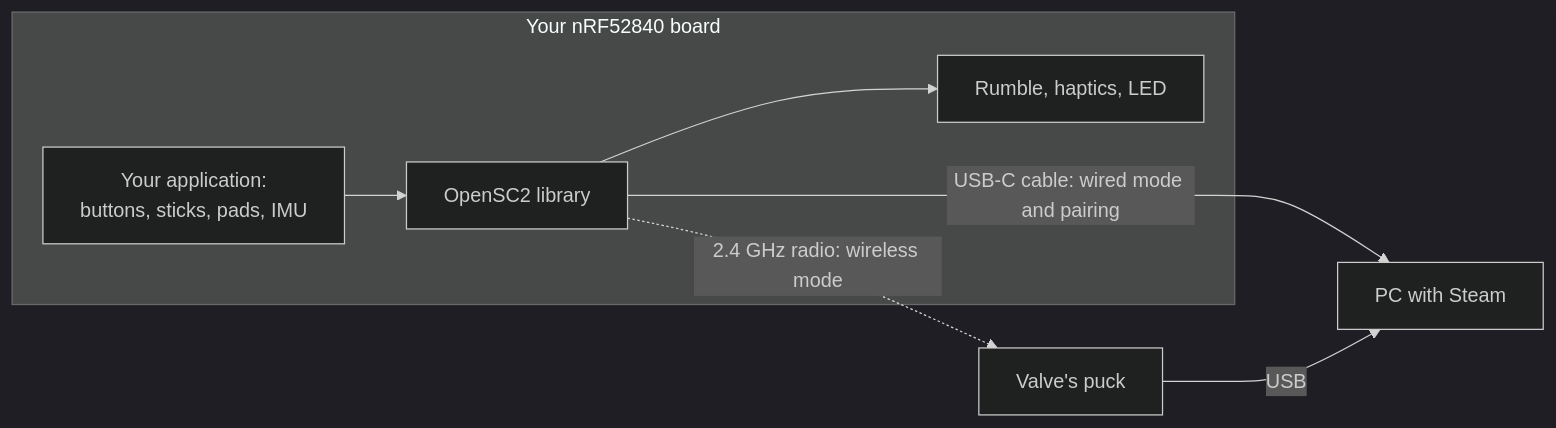
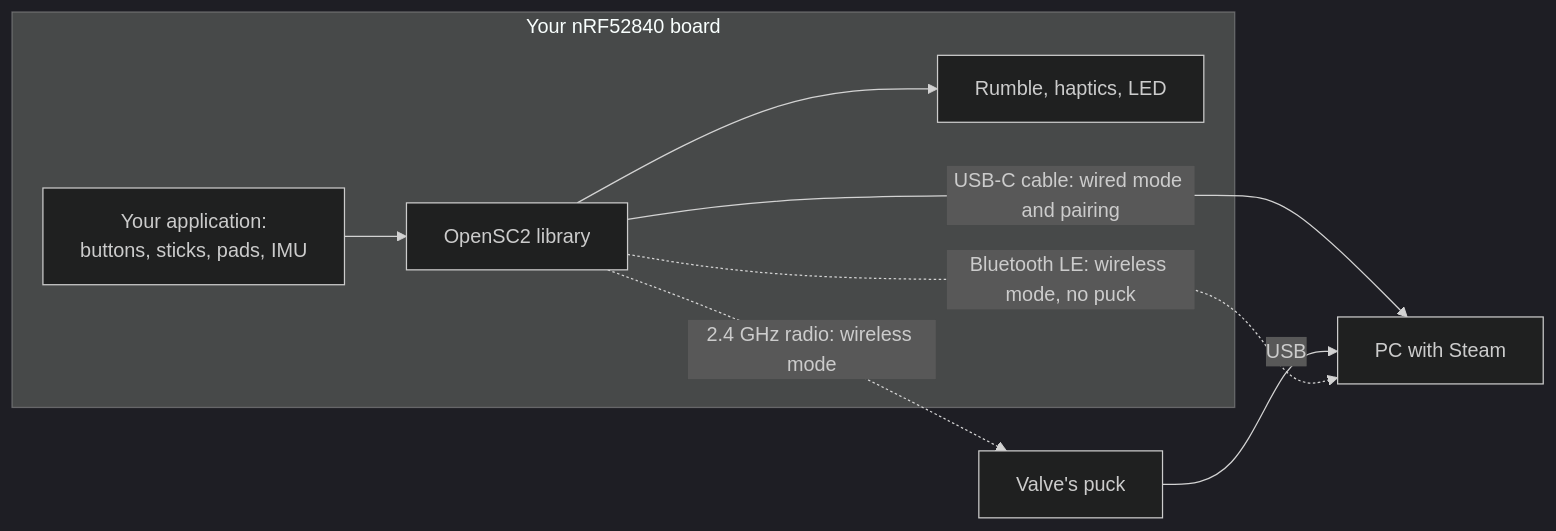
The first of 3 diagrams in README.md (ded811/OpenSC2-Controller), drawn with Mermaid (dark theme) before and after one commit. The commit also changed other lines of this file and 1 other file, not shown here.

Commit message:
README, app/README: the diagrams show Bluetooth LE as the other wireless transport (straight to the PC, one transport per boot)

````diff
--- a/README.md
+++ b/README.md
@@ -49,10 +50,11 @@
 ```mermaid
 flowchart LR
   subgraph board["Your nRF52840 board"]
     app["Your application:<br/>buttons, sticks, pads, IMU"] --> lib["OpenSC2 library"]
     lib --> outs["Rumble, haptics, LED"]
   end
   lib -- "USB-C cable: wired mode and pairing" --> pc["PC with Steam"]
   lib -. "2.4 GHz radio: wireless mode" .-> puck["Valve's puck"]
   puck -- "USB" --> pc
+  lib -. "Bluetooth LE: wireless mode, no puck" .-> pc
 ```
````
